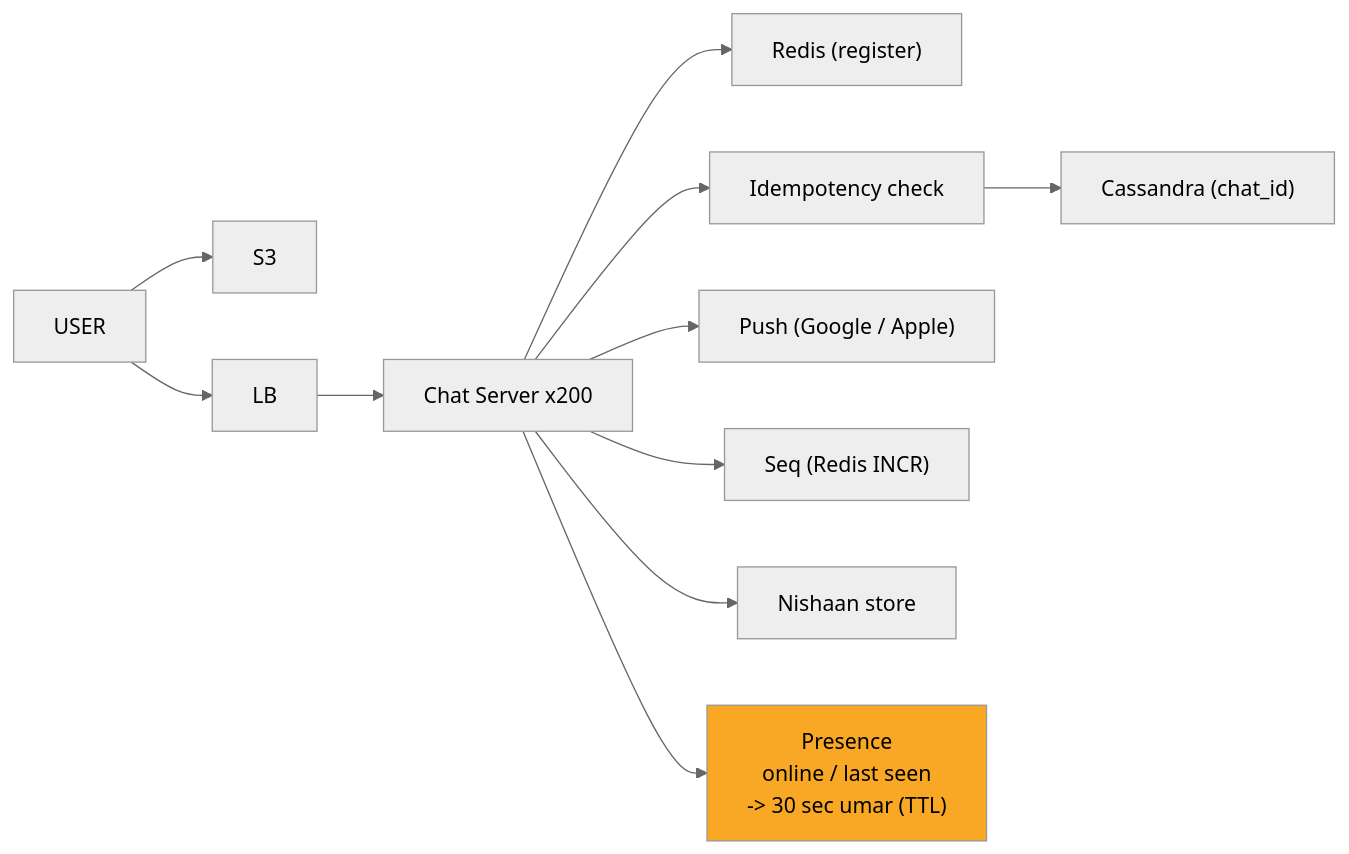
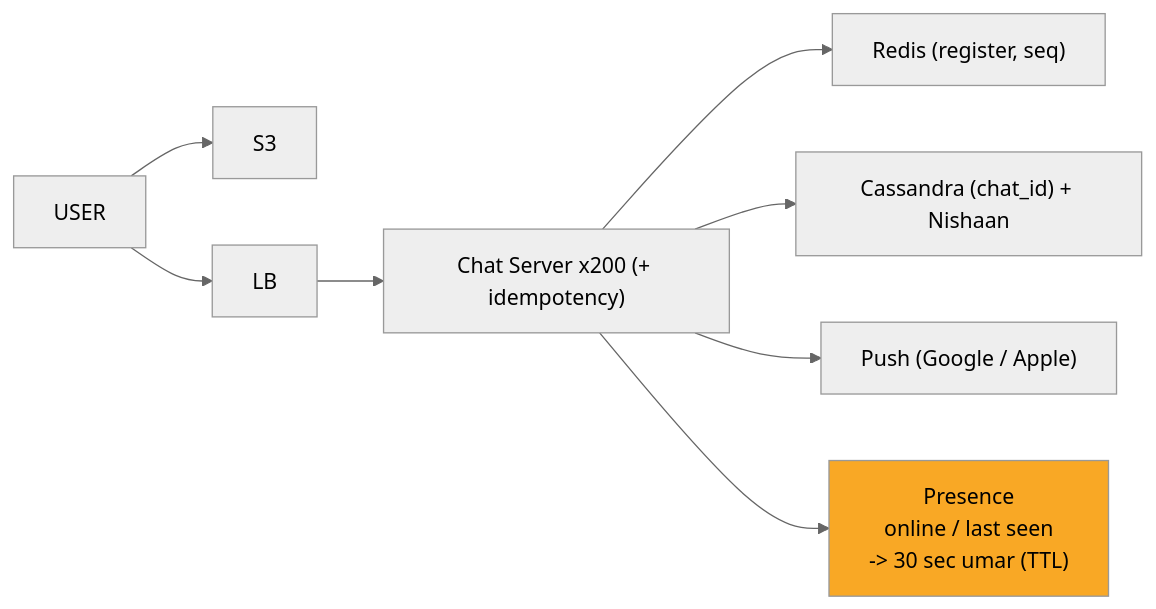
Before and after one commit to ArpanMaheshwari144/Prep: diagram 11 of 12 in 04_HLD/SYSTEM_DESIGNS/14_chat_messaging/14_chat_messaging.md, drawn with Mermaid (neutral theme). The commit also changed other lines of this file and 11 other files, not shown here.

Commit message:
hld: card diagrams max 8 boxes (App x N, merged stores/chains; full diagram only in AAKHRI DABBA)

````diff
--- a/04_HLD/SYSTEM_DESIGNS/14_chat_messaging/14_chat_messaging.md
+++ b/04_HLD/SYSTEM_DESIGNS/14_chat_messaging/14_chat_messaging.md
@@ -425,25 +419,19 @@
 ```mermaid
 flowchart LR
     n_S3["S3"]
     n_U["USER"]
     n_LB["LB"]
-    n_CS["Chat Server x200"]
-    n_R["Redis (register)"]
-    n_I["Idempotency check"]
-    n_CA["Cassandra (chat_id)"]
+    n_CS["Chat Server x200 (+ idempotency)"]
+    n_R["Redis (register, seq)"]
+    n_CA["Cassandra (chat_id) + Nishaan"]
     n_P["Push (Google / Apple)"]
-    n_SQ["Seq (Redis INCR)"]
-    n_NS["Nishaan store"]
     n_PR["Presence<br/>online / last seen<br/>-> 30 sec umar (TTL)"]
     n_U --> n_S3
     n_U --> n_LB
     n_LB --> n_CS
     n_CS --> n_R
-    n_CS --> n_I
-    n_I --> n_CA
+    n_CS --> n_CA
     n_CS --> n_P
-    n_CS --> n_SQ
-    n_CS --> n_NS
     n_CS --> n_PR
     style n_PR fill:#f9a825,color:#000
 ```
````
